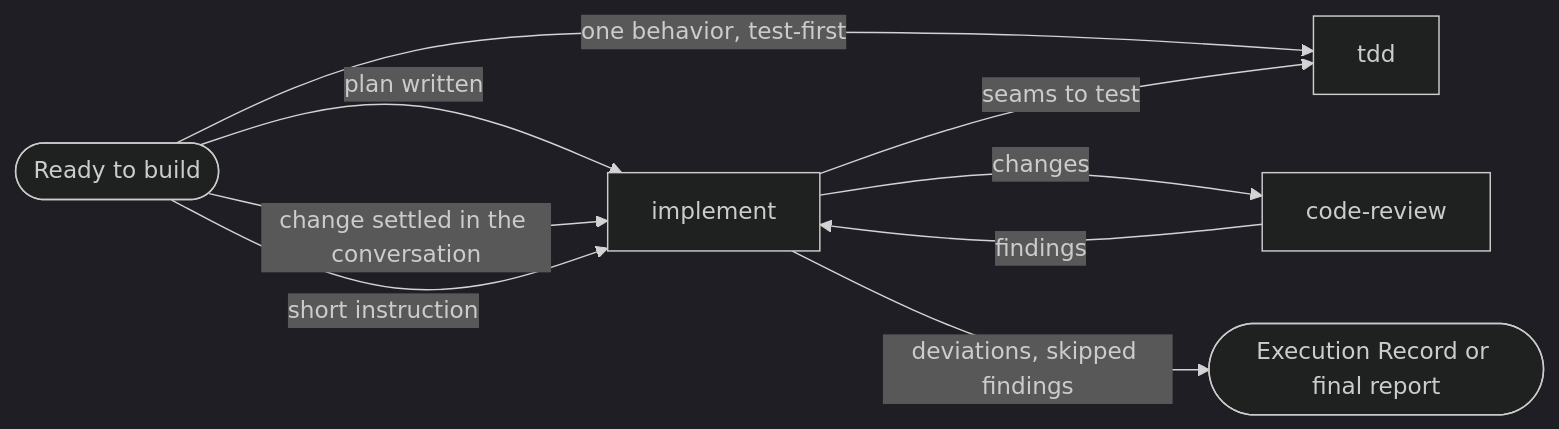
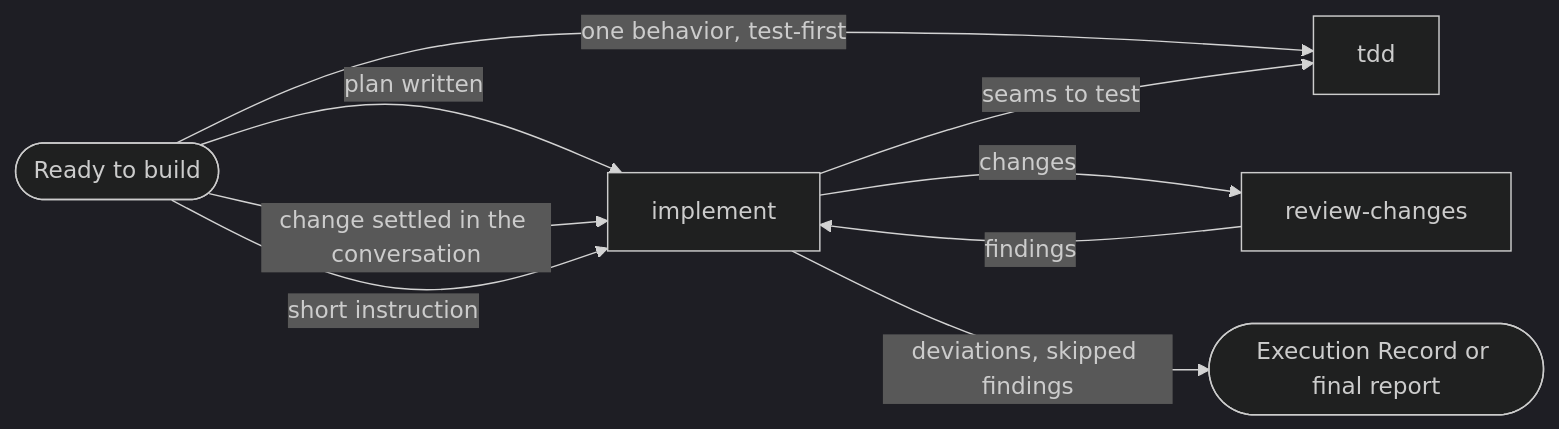
One commit to berekvolgyipeter/dotclaude changed the fourth of 6 diagrams in README.md. Above: the diagram before and after it, drawn with Mermaid (dark theme). The commit also changed other lines of this file and 23 other files, not shown here.

Commit message:
feat(skills): add validate and review-changes, split code-reviewer into focused agents

````diff
--- a/README.md
+++ b/README.md
@@ -61,11 +61,11 @@
 ```mermaid
 flowchart LR
     Ready([Ready to build]) -->|plan written| Impl[implement]
     Ready -->|change settled in the conversation| Impl
     Ready -->|short instruction| Impl
     Ready -->|one behavior, test-first| TDD[tdd]
     Impl -->|seams to test| TDD
-    Impl -->|changes| CR[code-review]
+    Impl -->|changes| CR[review-changes]
     CR -->|findings| Impl
     Impl -->|deviations, skipped findings| Rec([Execution Record or final report])
 ```
````
